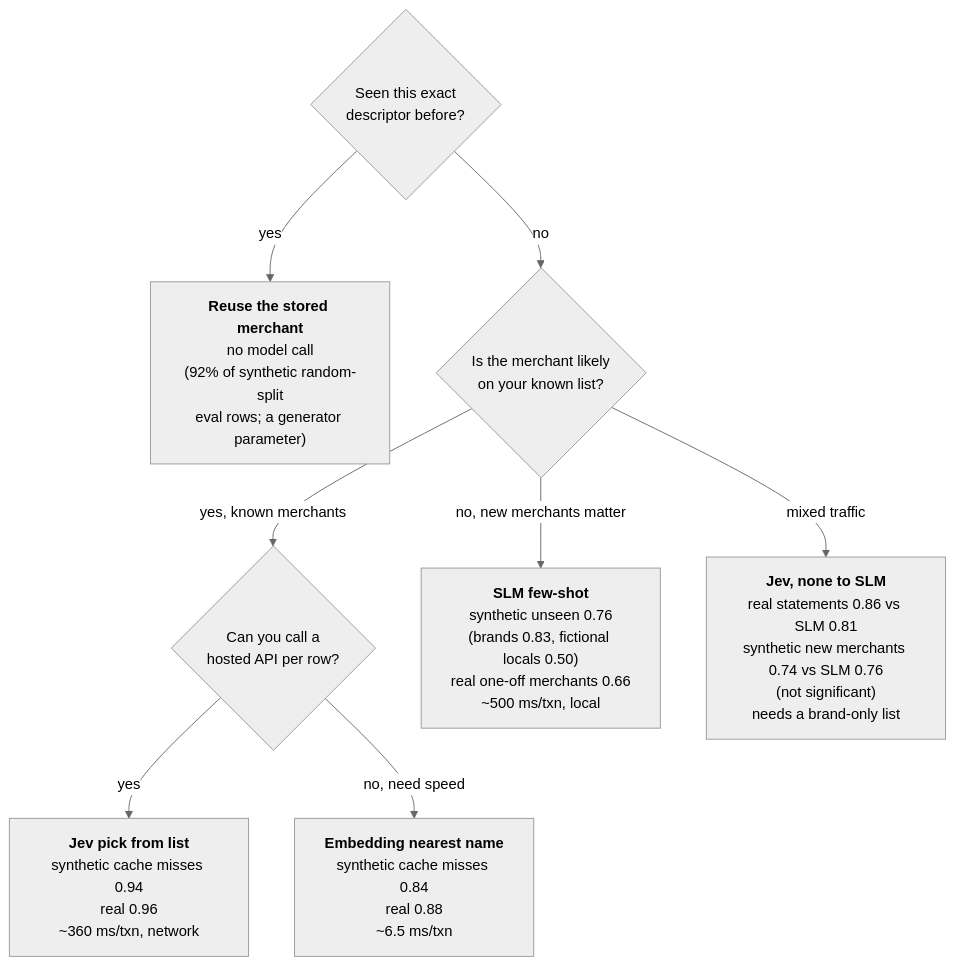
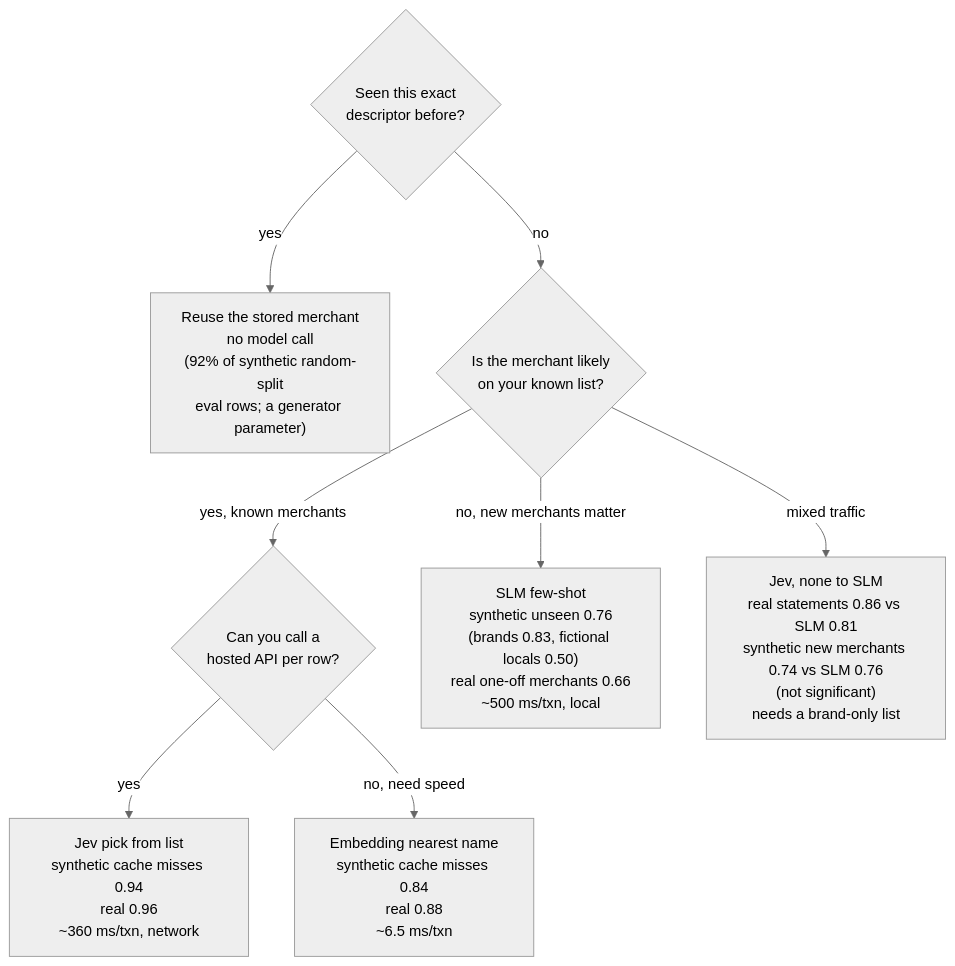
Before and after one commit to aeoxyz-jpg/tranx-transaction-standardization: the diagram in docs/diagrams/merchant_decision.mmd, drawn with Mermaid (neutral theme). The commit also changed 20 other files, not shown here.

```diff
--- a/docs/diagrams/merchant_decision.mmd
+++ b/docs/diagrams/merchant_decision.mmd
@@ -1,9 +1,9 @@
 flowchart TD
     Q0{"Seen this exact<br/>descriptor before?"}
-    Q0 -->|yes| CACHE["<b>Reuse the stored merchant</b><br/>no model call<br/>(92% of synthetic random-split<br/>eval rows; a generator parameter)"]
+    Q0 -->|yes| CACHE["Reuse the stored merchant<br/>no model call<br/>(92% of synthetic random-split<br/>eval rows; a generator parameter)"]
     Q0 -->|no| Q1{"Is the merchant likely<br/>on your known list?"}
     Q1 -->|"yes, known merchants"| Q2{"Can you call a<br/>hosted API per row?"}
-    Q1 -->|"no, new merchants matter"| SLM["<b>SLM few-shot</b><br/>synthetic unseen 0.76<br/>(brands 0.83, fictional locals 0.50)<br/>real one-off merchants 0.66<br/>~500 ms/txn, local"]
-    Q1 -->|"mixed traffic"| CASC["<b>Jev, none to SLM</b><br/>real statements 0.86 vs SLM 0.81<br/>synthetic new merchants 0.74 vs SLM 0.76<br/>(not significant)<br/>needs a brand-only list"]
-    Q2 -->|yes| JEV["<b>Jev pick from list</b><br/>synthetic cache misses 0.94<br/>real 0.96<br/>~360 ms/txn, network"]
-    Q2 -->|"no, need speed"| EMB["<b>Embedding nearest name</b><br/>synthetic cache misses 0.84<br/>real 0.88<br/>~6.5 ms/txn"]
+    Q1 -->|"no, new merchants matter"| SLM["SLM few-shot<br/>synthetic unseen 0.76<br/>(brands 0.83, fictional locals 0.50)<br/>real one-off merchants 0.66<br/>~500 ms/txn, local"]
+    Q1 -->|"mixed traffic"| CASC["Jev, none to SLM<br/>real statements 0.86 vs SLM 0.81<br/>synthetic new merchants 0.74 vs SLM 0.76<br/>(not significant)<br/>needs a brand-only list"]
+    Q2 -->|yes| JEV["Jev pick from list<br/>synthetic cache misses 0.94<br/>real 0.96<br/>~360 ms/txn, network"]
+    Q2 -->|"no, need speed"| EMB["Embedding nearest name<br/>synthetic cache misses 0.84<br/>real 0.88<br/>~6.5 ms/txn"]
```
